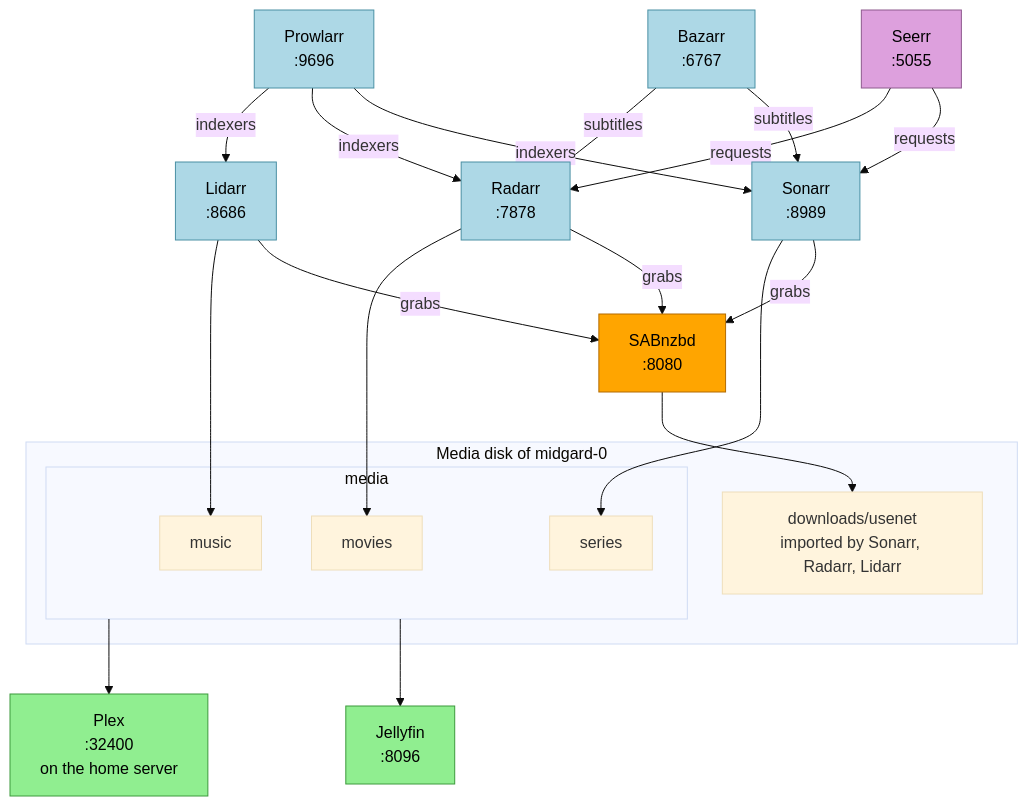
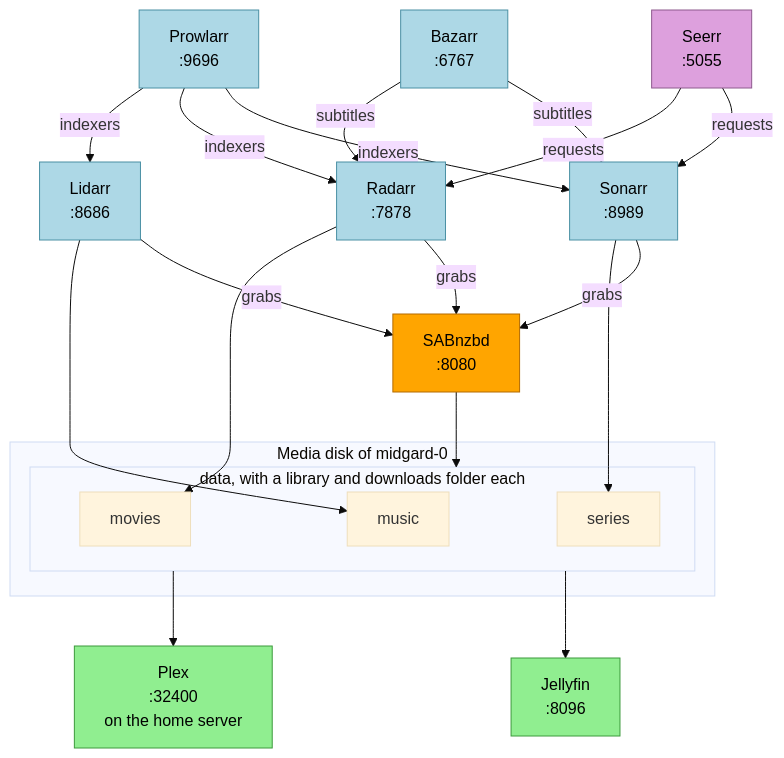
One commit to davydehaas98/homelab changed the diagram in docs/diagrams/media-stack.mmd. Above: the diagram before and after it, drawn with Mermaid (base theme). The commit also changed 12 other files, not shown here.

```diff
--- a/docs/diagrams/media-stack.mmd
+++ b/docs/diagrams/media-stack.mmd
@@ -1,51 +1,50 @@
 flowchart TB
     prowlarr["Prowlarr<br/>:9696"]
     bazarr["Bazarr<br/>:6767"]
     seerr["Seerr<br/>:5055"]
 
     lidarr["Lidarr<br/>:8686"]
     sonarr["Sonarr<br/>:8989"]
     radarr["Radarr<br/>:7878"]
 
     sab["SABnzbd<br/>:8080"]
 
     subgraph storage["Media disk of midgard-0"]
-        downloads["downloads/usenet<br/>imported by Sonarr, Radarr, Lidarr"]
-        subgraph media["media"]
+        subgraph media["data, with a library and downloads folder each"]
             music[music]
             series[series]
             movies[movies]
         end
     end
 
     jellyfin["Jellyfin<br/>:8096"]
     plex["Plex<br/>:32400<br/>on the home server"]
 
     seerr -->|requests| sonarr
     seerr -->|requests| radarr
     prowlarr -->|indexers| sonarr
     prowlarr -->|indexers| radarr
     prowlarr -->|indexers| lidarr
     bazarr -->|subtitles| sonarr
     bazarr -->|subtitles| radarr
 
     sonarr -->|grabs| sab
     radarr -->|grabs| sab
     lidarr -->|grabs| sab
-    sab --> downloads
+    sab --> media
 
     sonarr --> series
     radarr --> movies
     lidarr --> music
 
     media --> jellyfin
     media --> plex
 
     classDef manager fill:#add8e6,stroke:#4a90a4,color:#000
     classDef downloader fill:#ffa500,stroke:#b36b00,color:#000
     classDef streamer fill:#90ee90,stroke:#3c9a3c,color:#000
     classDef request fill:#dda0dd,stroke:#8e5a8e,color:#000
     class prowlarr,bazarr,sonarr,radarr,lidarr manager
     class sab downloader
     class jellyfin,plex streamer
     class seerr request
```
